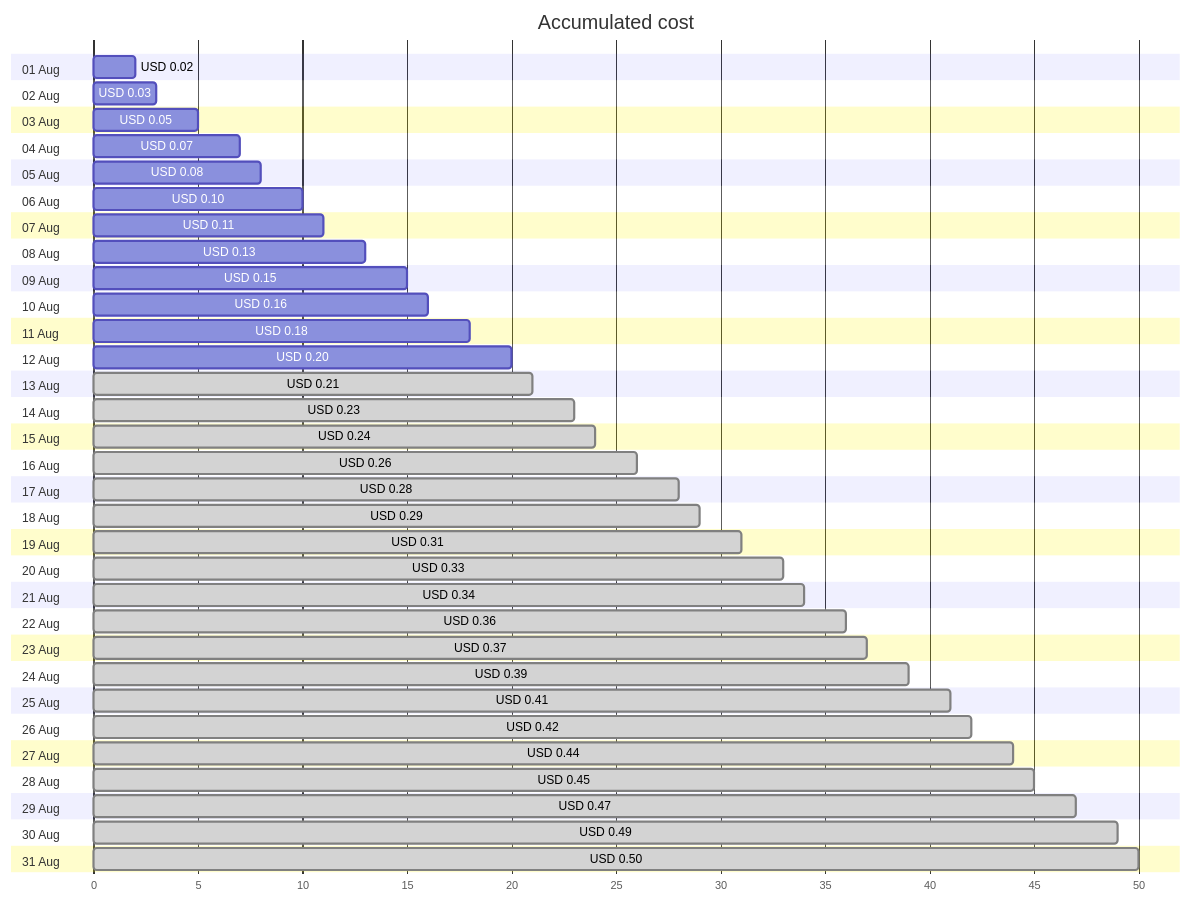
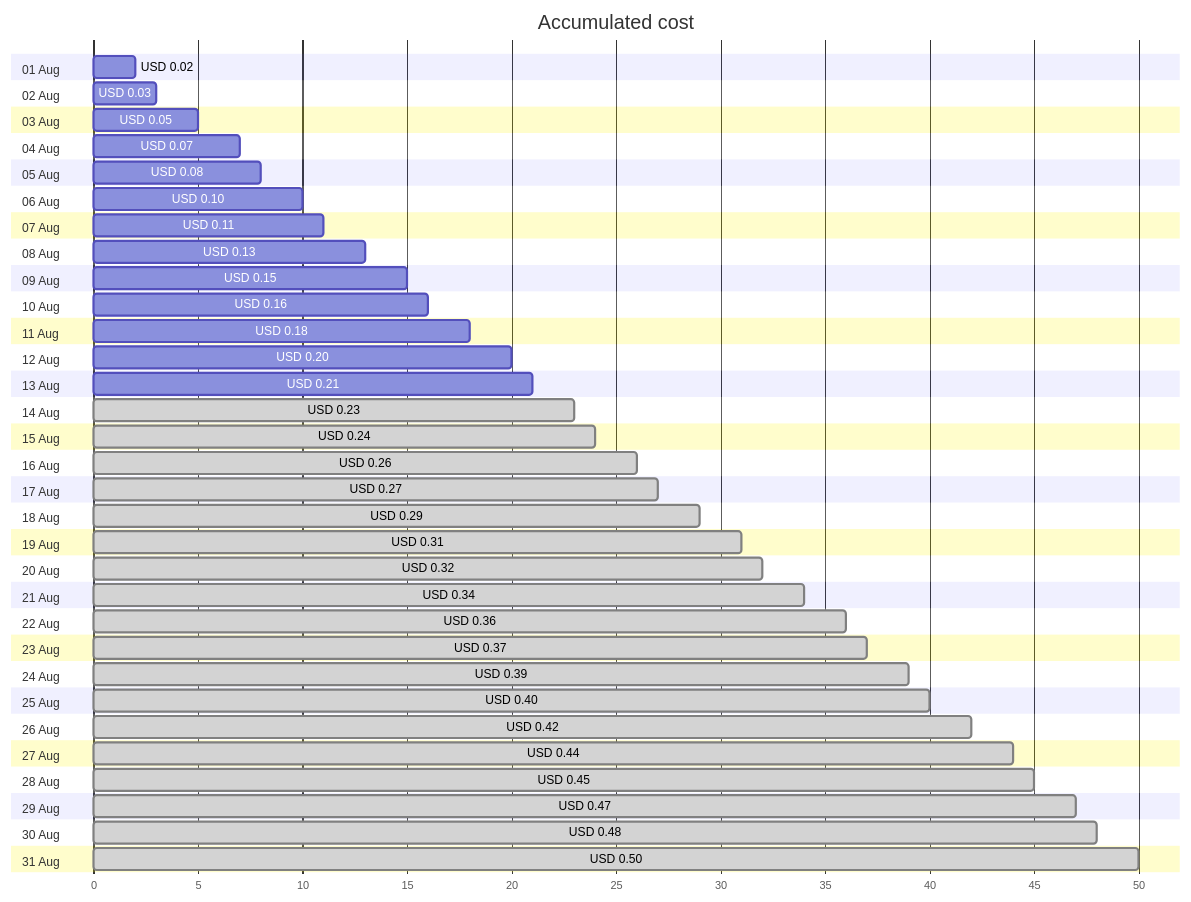
Before and after one commit to jpfulton/azure-personal-reports: the first of 4 diagrams in cost-reports/personal-dns/jpatrickfulton.com.md, drawn with Mermaid. The commit also changed other lines of this file and 2 other files, not shown here.

````diff
--- a/cost-reports/personal-dns/jpatrickfulton.com.md
+++ b/cost-reports/personal-dns/jpatrickfulton.com.md
@@ -20,68 +20,68 @@
 ```mermaid
 gantt
    title Accumulated cost
    dateFormat  X
    axisFormat %s
    section 01 Aug
    USD 0.02 :0, 2
    section 02 Aug
    USD 0.03 :0, 3
    section 03 Aug
    USD 0.05 :0, 5
    section 04 Aug
    USD 0.07 :0, 7
    section 05 Aug
    USD 0.08 :0, 8
    section 06 Aug
    USD 0.10 :0, 10
    section 07 Aug
    USD 0.11 :0, 11
    section 08 Aug
    USD 0.13 :0, 13
    section 09 Aug
    USD 0.15 :0, 15
    section 10 Aug
    USD 0.16 :0, 16
    section 11 Aug
    USD 0.18 :0, 18
    section 12 Aug
    USD 0.20 :0, 20
    section 13 Aug
-   USD 0.21 : done, 0, 21
+   USD 0.21 :0, 21
    section 14 Aug
    USD 0.23 : done, 0, 23
    section 15 Aug
    USD 0.24 : done, 0, 24
    section 16 Aug
    USD 0.26 : done, 0, 26
    section 17 Aug
-   USD 0.28 : done, 0, 28
+   USD 0.27 : done, 0, 27
    section 18 Aug
    USD 0.29 : done, 0, 29
    section 19 Aug
    USD 0.31 : done, 0, 31
    section 20 Aug
-   USD 0.33 : done, 0, 33
+   USD 0.32 : done, 0, 32
    section 21 Aug
    USD 0.34 : done, 0, 34
    section 22 Aug
    USD 0.36 : done, 0, 36
    section 23 Aug
    USD 0.37 : done, 0, 37
    section 24 Aug
    USD 0.39 : done, 0, 39
    section 25 Aug
-   USD 0.41 : done, 0, 41
+   USD 0.40 : done, 0, 40
    section 26 Aug
    USD 0.42 : done, 0, 42
    section 27 Aug
    USD 0.44 : done, 0, 44
    section 28 Aug
    USD 0.45 : done, 0, 45
    section 29 Aug
    USD 0.47 : done, 0, 47
    section 30 Aug
-   USD 0.49 : done, 0, 49
+   USD 0.48 : done, 0, 48
    section 31 Aug
    USD 0.50 : done, 0, 50
 ```
````
